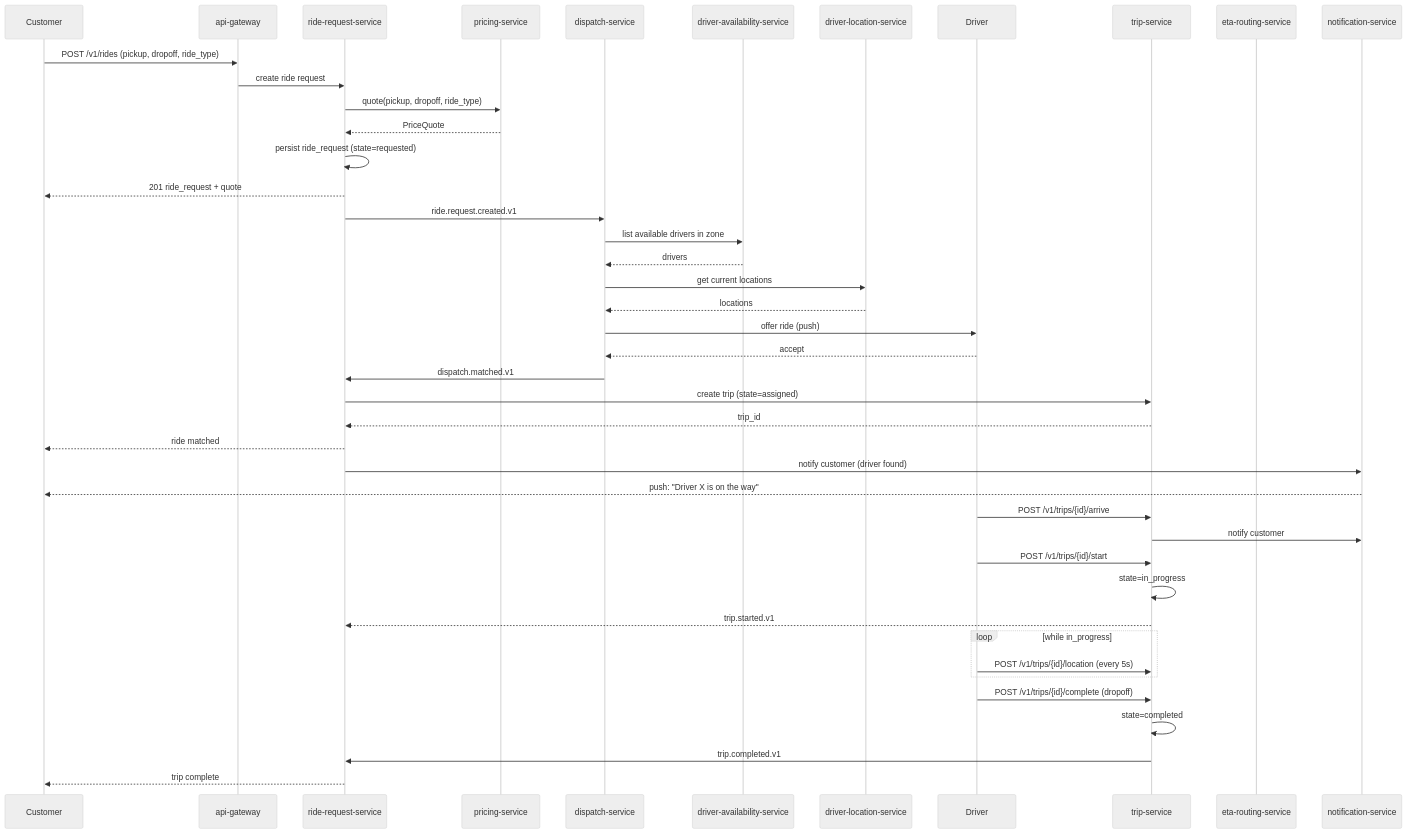
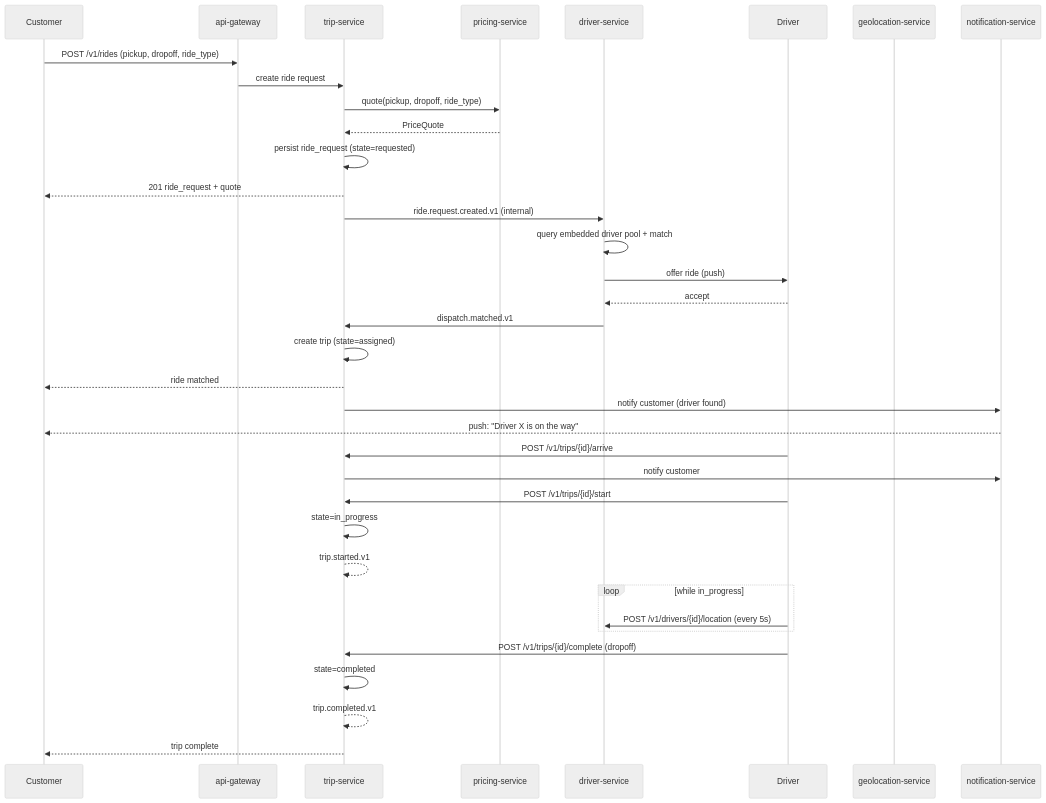
One commit to mohamedhabibwork/trips-enjoy-docs changed the first of 14 diagrams in docs/workflows/RIDE_WORKFLOWS.md. Above: the diagram before and after it, drawn with Mermaid (neutral theme). The commit also changed other lines of this file and 525 other files, not shown here.

````diff
--- a/docs/workflows/RIDE_WORKFLOWS.md
+++ b/docs/workflows/RIDE_WORKFLOWS.md
@@ -21,46 +24,39 @@
 ```mermaid
 sequenceDiagram
     participant C as Customer
     participant GW as api-gateway
-    participant RR as ride-request-service
+    participant TR as trip-service
     participant PRC as pricing-service
-    participant DSP as dispatch-service
-    participant DA as driver-availability-service
-    participant DL as driver-location-service
+    participant DRV as driver-service
     participant DR as Driver
-    participant TR as trip-service
-    participant ETA as eta-routing-service
+    participant ETA as geolocation-service
     participant NOT as notification-service
 
     C->>GW: POST /v1/rides (pickup, dropoff, ride_type)
-    GW->>RR: create ride request
-    RR->>PRC: quote(pickup, dropoff, ride_type)
-    PRC-->>RR: PriceQuote
-    RR->>RR: persist ride_request (state=requested)
-    RR-->>C: 201 ride_request + quote
-    RR->>DSP: ride.request.created.v1
-    DSP->>DA: list available drivers in zone
-    DA-->>DSP: drivers
-    DSP->>DL: get current locations
-    DL-->>DSP: locations
-    DSP->>DR: offer ride (push)
-    DR-->>DSP: accept
-    DSP->>RR: dispatch.matched.v1
-    RR->>TR: create trip (state=assigned)
-    TR-->>RR: trip_id
-    RR-->>C: ride matched
-    RR->>NOT: notify customer (driver found)
+    GW->>TR: create ride request
+    TR->>PRC: quote(pickup, dropoff, ride_type)
+    PRC-->>TR: PriceQuote
+    TR->>TR: persist ride_request (state=requested)
+    TR-->>C: 201 ride_request + quote
+    TR->>DRV: ride.request.created.v1 (internal)
+    DRV->>DRV: query embedded driver pool + match
+    DRV->>DR: offer ride (push)
+    DR-->>DRV: accept
+    DRV->>TR: dispatch.matched.v1
+    TR->>TR: create trip (state=assigned)
+    TR-->>C: ride matched
+    TR->>NOT: notify customer (driver found)
     NOT-->>C: push: "Driver X is on the way"
     DR->>TR: POST /v1/trips/{id}/arrive
     TR->>NOT: notify customer
     DR->>TR: POST /v1/trips/{id}/start
     TR->>TR: state=in_progress
-    TR-->>RR: trip.started.v1
+    TR-->>TR: trip.started.v1
     loop while in_progress
-        DR->>TR: POST /v1/trips/{id}/location (every 5s)
+        DR->>DRV: POST /v1/drivers/{id}/location (every 5s)
     end
     DR->>TR: POST /v1/trips/{id}/complete (dropoff)
     TR->>TR: state=completed
-    TR->>RR: trip.completed.v1
-    RR-->>C: trip complete
+    TR-->>TR: trip.completed.v1
+    TR-->>C: trip complete
 ```
````
